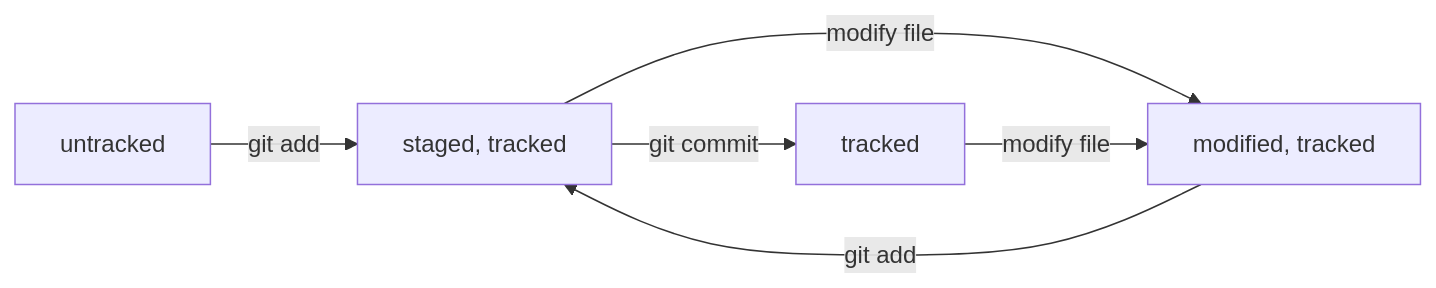
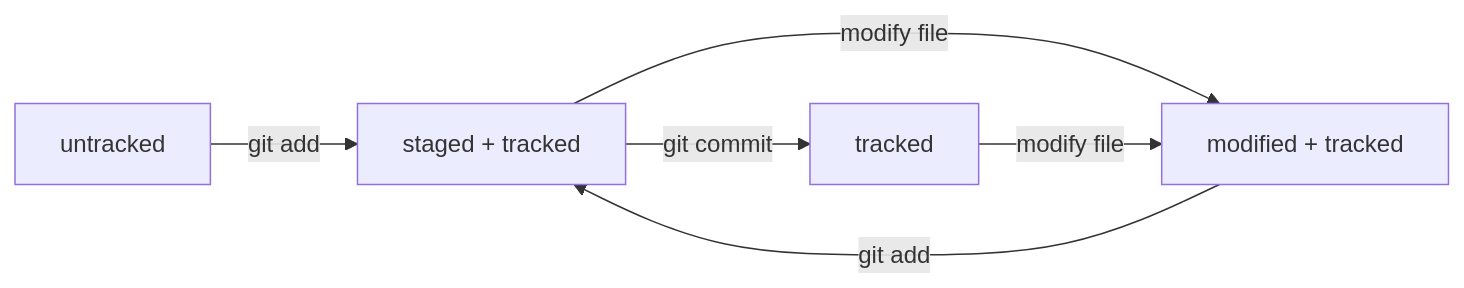
Before and after one commit to Vlademar25/Tips_on_Git: the diagram in README.md, drawn with Mermaid.

Commit message:
Исправление схемы статусов Git

````diff
--- a/README.md
+++ b/README.md
@@ -159,7 +159,7 @@
 ```mermaid
 graph LR;
-	B[untracked] -- "git add" --> C[staged, tracked] -- "git commit" --> D[tracked];
-	E[modified, tracked] -- "git add" --> C[staged, tracked];
+	B[untracked] -- "git add" --> C[staged + tracked] -- "git commit" --> D[tracked];
+	E[modified + tracked] -- "git add" --> C[staged + tracked];
 	C -- "modify file" --> E;
 	D -- "modify file" --> E;
 ```
````
